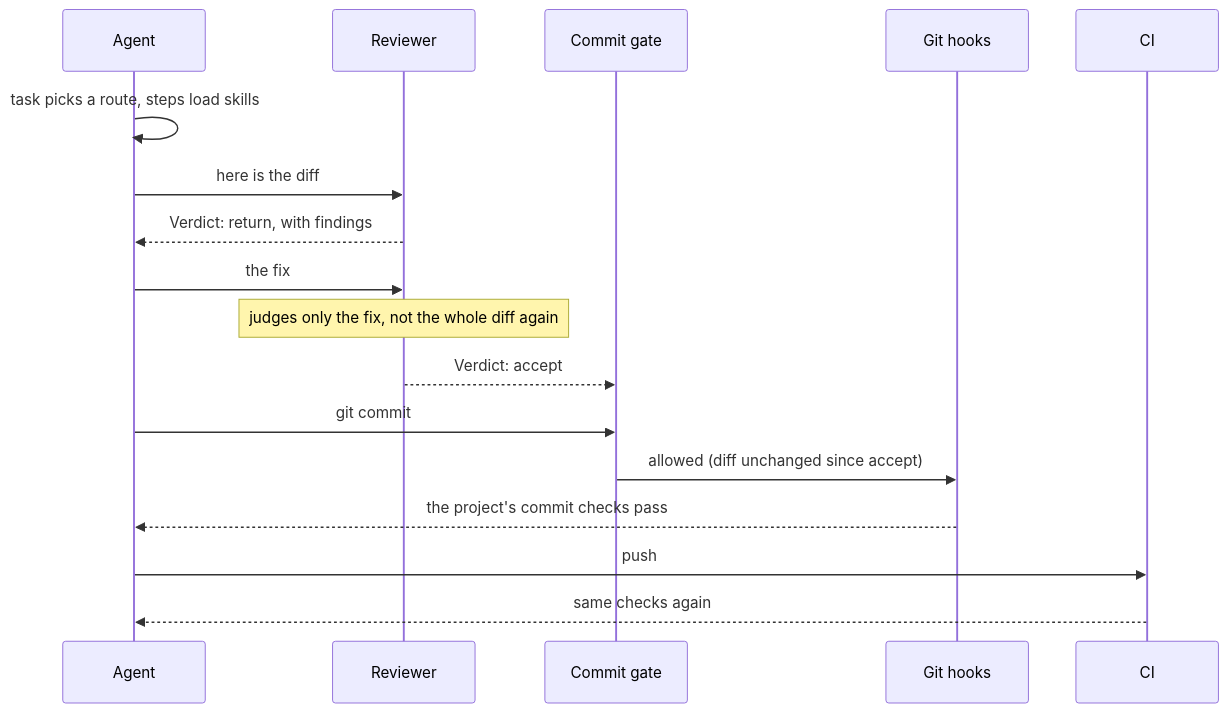
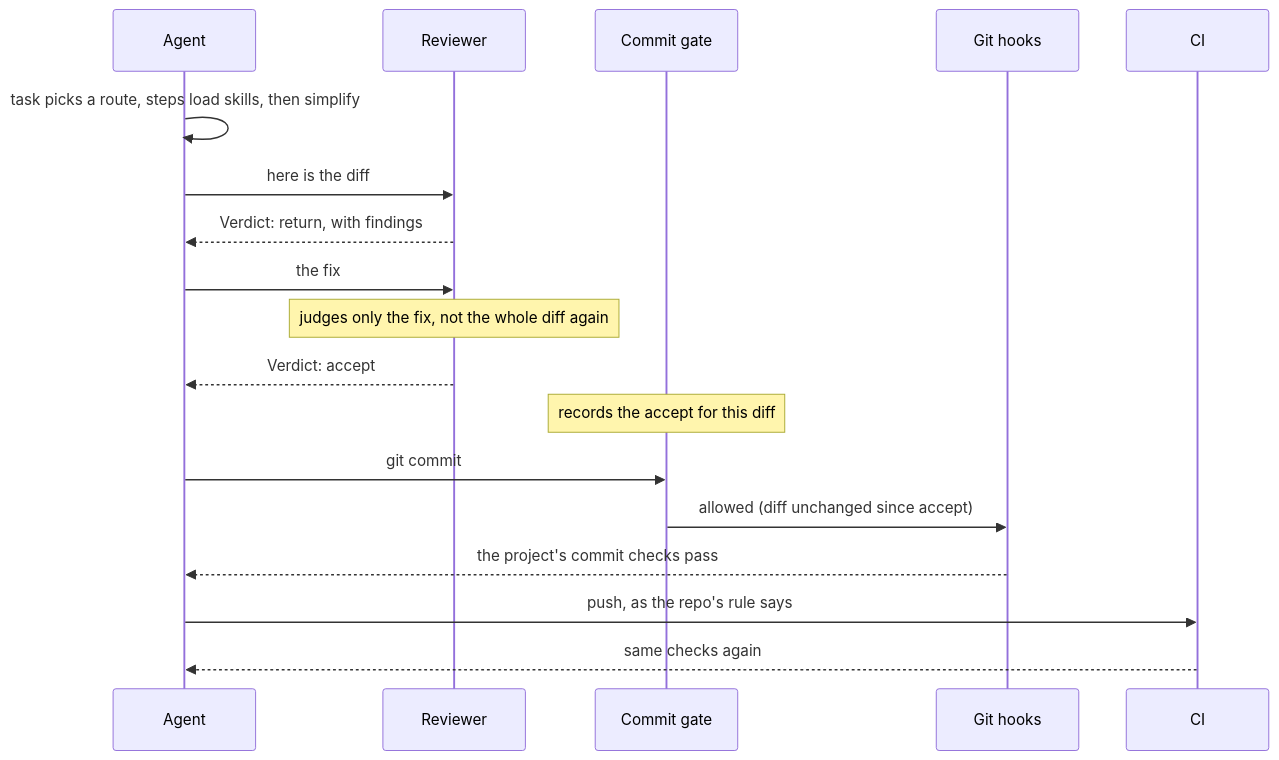
Before and after one commit to cniska/agent-skills: the third of 3 diagrams in README.md, drawn with Mermaid. The commit also changed other lines of this file, not shown here.

Commit message:
docs(readme): chart the two loops

````diff
--- a/README.md
+++ b/README.md
@@ -149,19 +180,20 @@
 ```mermaid
 sequenceDiagram
   participant A as Agent
   participant V as Reviewer
   participant P as Commit gate
   participant G as Git hooks
   participant C as CI
-  A->>A: task picks a route, steps load skills
+  A->>A: task picks a route, steps load skills, then simplify
   A->>V: here is the diff
   V-->>A: Verdict: return, with findings
   A->>V: the fix
   Note over V: judges only the fix, not the whole diff again
-  V-->>P: Verdict: accept
+  V-->>A: Verdict: accept
+  Note over P: records the accept for this diff
   A->>P: git commit
   P->>G: allowed (diff unchanged since accept)
   G-->>A: the project's commit checks pass
-  A->>C: push
+  A->>C: push, as the repo's rule says
   C-->>A: same checks again
 ```
````
